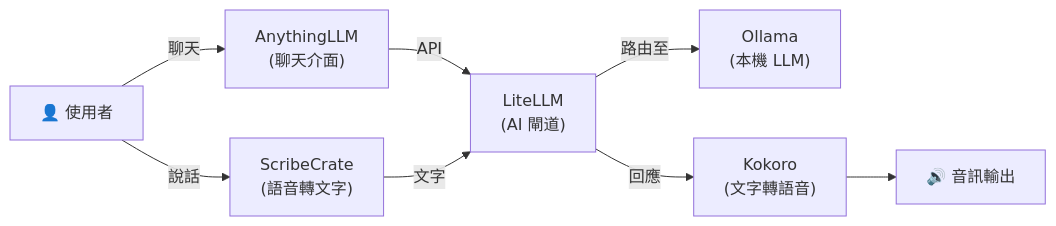
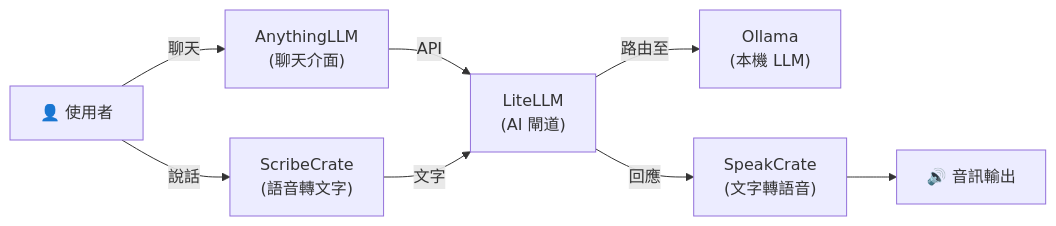
Before and after one commit to hwdsl2/self-hosted-ai-stack: the diagram in stacks/voice-chat/README-zh-Hant.md, drawn with Mermaid. The commit also changed other lines of this file and 26 other files, not shown here.

````diff
--- a/stacks/voice-chat/README-zh-Hant.md
+++ b/stacks/voice-chat/README-zh-Hant.md
@@ -17,10 +17,10 @@
 ```mermaid
 graph LR
     U["👤 使用者"] -->|聊天| A["AnythingLLM<br/>(聊天介面)"]
     U -->|說話| W["ScribeCrate<br/>(語音轉文字)"]
     A -->|API| L["LiteLLM<br/>(AI 閘道)"]
     L -->|路由至| O["Ollama<br/>(本機 LLM)"]
-    L -->|回應| K["Kokoro<br/>(文字轉語音)"]
+    L -->|回應| K["SpeakCrate<br/>(文字轉語音)"]
     K --> S["🔊 音訊輸出"]
     W -->|文字| L
 ```
````
